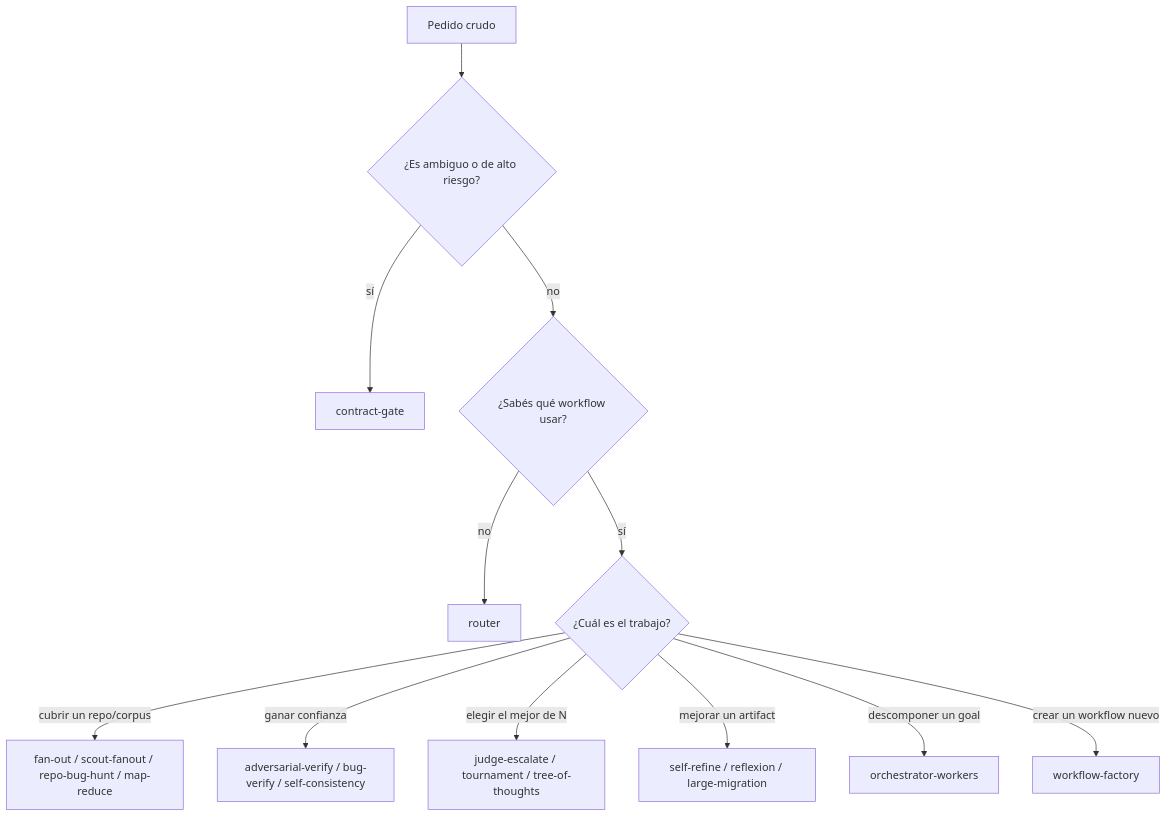
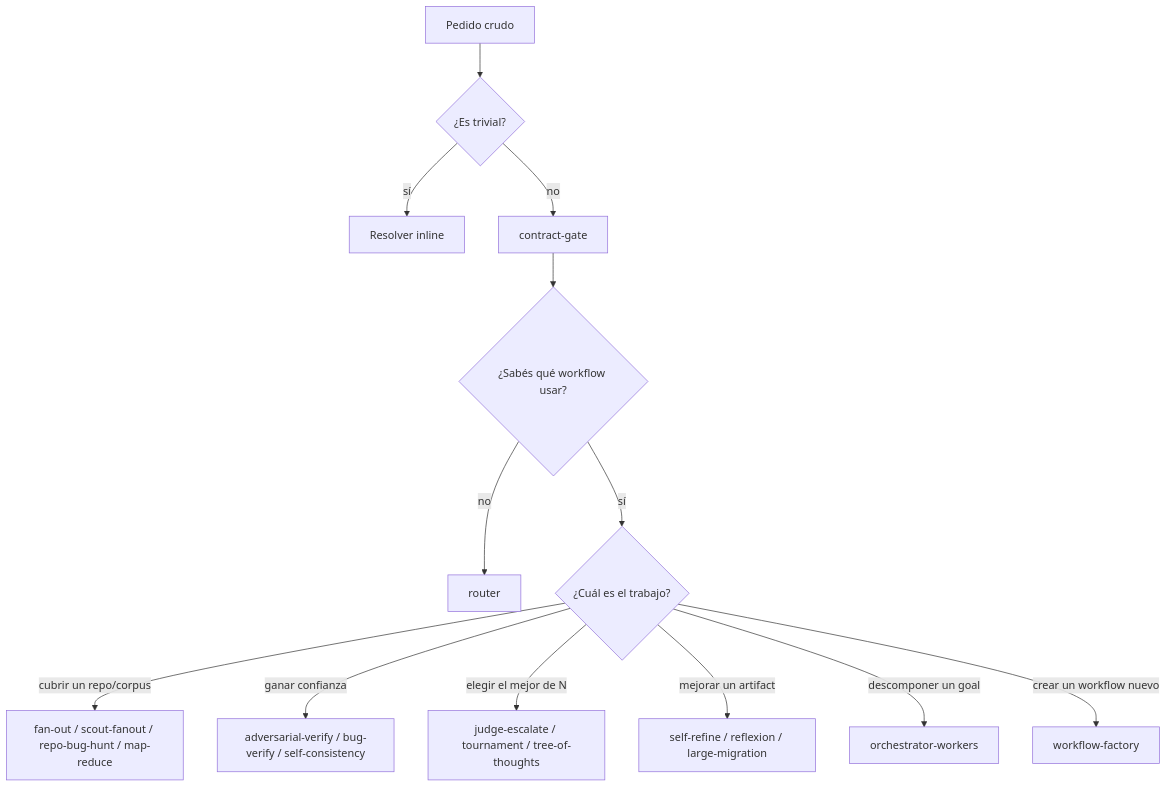
Before and after one commit to andrestobelem/pandi-extensions: the second of 5 diagrams in .claude/skills/dynamic-workflows/reference/claude-workflows/README.md, drawn with Mermaid. The commit also changed other lines of this file and 30 other files, not shown here.

````diff
--- a/.claude/skills/dynamic-workflows/reference/claude-workflows/README.md
+++ b/.claude/skills/dynamic-workflows/reference/claude-workflows/README.md
@@ -153,14 +153,15 @@
 ```mermaid
 flowchart TD
-  A[Pedido crudo] --> B{¿Es ambiguo o de alto riesgo?}
-  B -- sí --> CG[contract-gate]
-  B -- no --> C{¿Sabés qué workflow usar?}
+  A[Pedido crudo] --> B{¿Es trivial?}
+  B -- sí --> IN[Resolver inline]
+  B -- no --> CG[contract-gate]
+  CG --> C{¿Sabés qué workflow usar?}
   C -- no --> RT[router]
   C -- sí --> D{¿Cuál es el trabajo?}
   D -- cubrir un repo/corpus --> E[fan-out / scout-fanout / repo-bug-hunt / map-reduce]
   D -- ganar confianza --> F[adversarial-verify / bug-verify / self-consistency]
   D -- elegir el mejor de N --> G[judge-escalate / tournament / tree-of-thoughts]
   D -- mejorar un artifact --> H[self-refine / reflexion / large-migration]
   D -- descomponer un goal --> I[orchestrator-workers]
   D -- crear un workflow nuevo --> J[workflow-factory]
 ```
````
